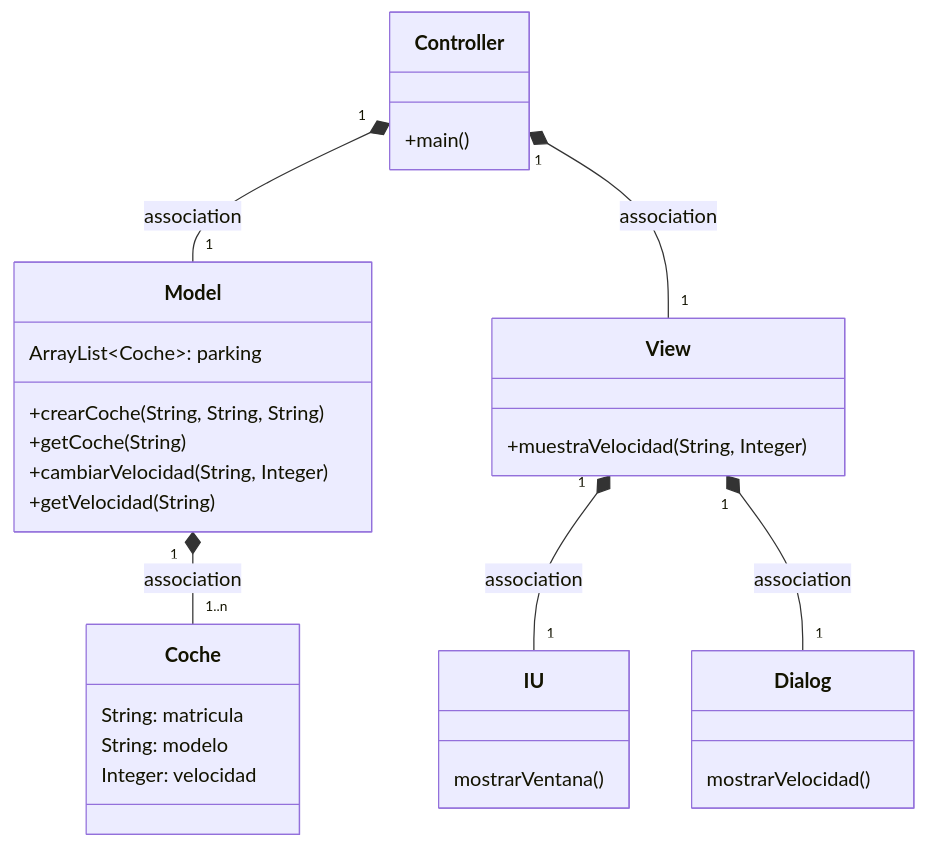
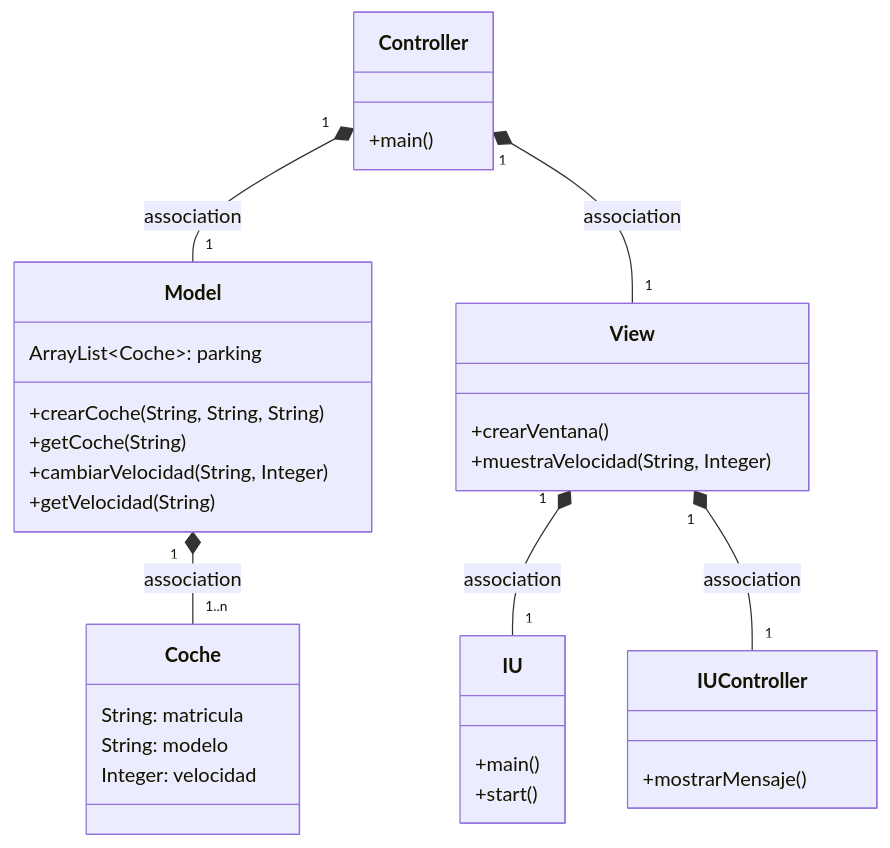
Before and after one commit to ilopezbrion/MVC_coches_observer: the first of 3 diagrams in Readme.md, drawn with Mermaid. The commit also changed other lines of this file and 3 other files, not shown here.

````diff
--- a/Readme.md
+++ b/Readme.md
@@ -16,28 +20,37 @@
 ```mermaid
 classDiagram
     class Coche {
         String: matricula
         String: modelo
         Integer: velocidad
     }
       class Controller{
           +main()
       }
-      class View {+muestraVelocidad(String, Integer)}
+      class View {
+          +crearVentana()
+          +muestraVelocidad(String, Integer)
+          }
       class Model {
           ArrayList~Coche~: parking
           +crearCoche(String, String, String)
           +getCoche(String)
           +cambiarVelocidad(String, Integer)
           +getVelocidad(String)
       }
       
-      class IU { mostrarVentana()}
+      class IU {
+          +main()
+          +start()
+      }
       
-      class Dialog { mostrarVelocidad() }
+      class IUController { 
+          +mostrarMensaje()
+          }
+      
     Controller "1" *-- "1" Model : association
     Controller "1" *-- "1" View : association
     Model "1" *-- "1..n" Coche : association
     View "1" *-- "1" IU : association
-    View "1" *-- "1" Dialog : association
+    View "1" *-- "1" IUController : association
 ```
````
